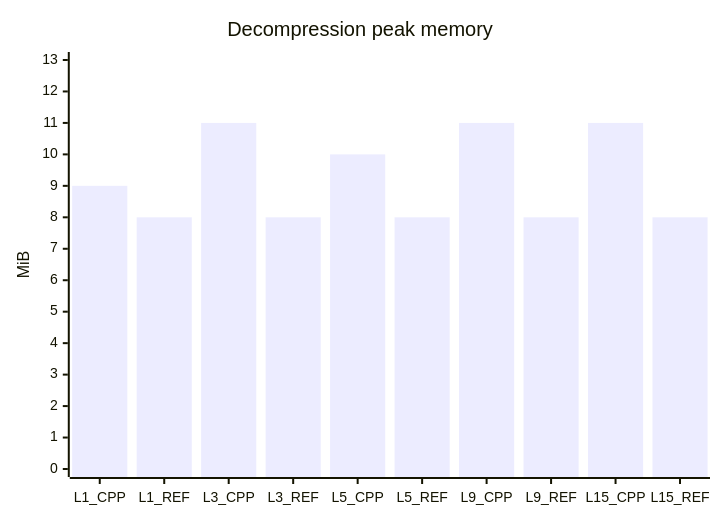
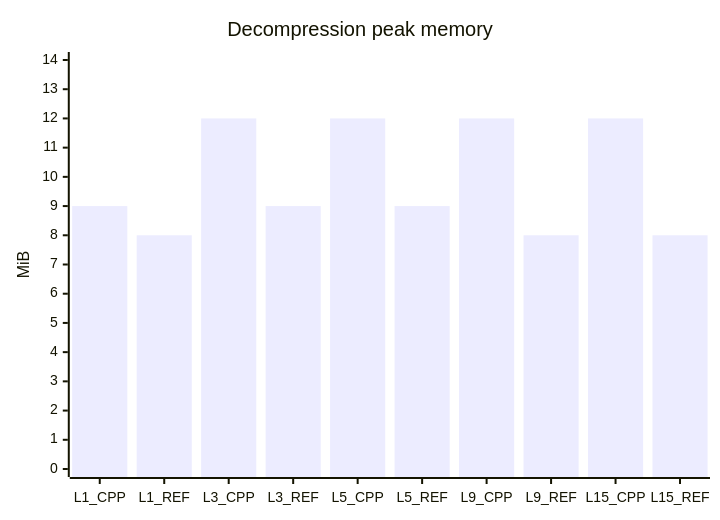
The sixth of 7 diagrams in README.md (mheyman/zstdpp), drawn with Mermaid before and after one commit. The commit also changed other lines of this file, not shown here.

````diff
--- a/README.md
+++ b/README.md
@@ -168,7 +186,7 @@
 ```mermaid
 xychart-beta
     title "Decompression peak memory"
     x-axis [L1_CPP, L1_REF, L3_CPP, L3_REF, L5_CPP, L5_REF, L9_CPP, L9_REF, L15_CPP, L15_REF]
-    y-axis "MiB" 0 --> 13
-    bar [9, 8, 11, 8, 10, 8, 11, 8, 11, 8]
+    y-axis "MiB" 0 --> 14
+    bar [9, 8, 12, 9, 12, 9, 12, 8, 12, 8]
 ```
````
